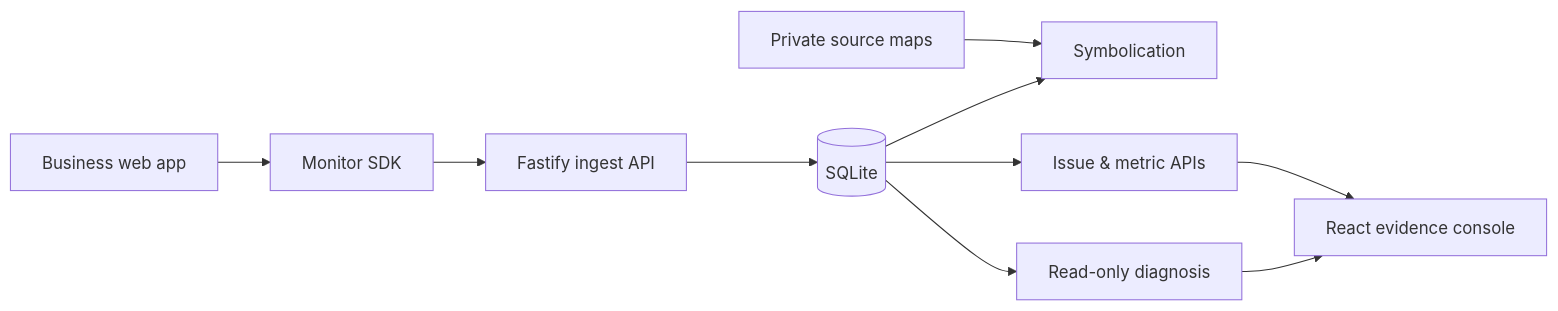
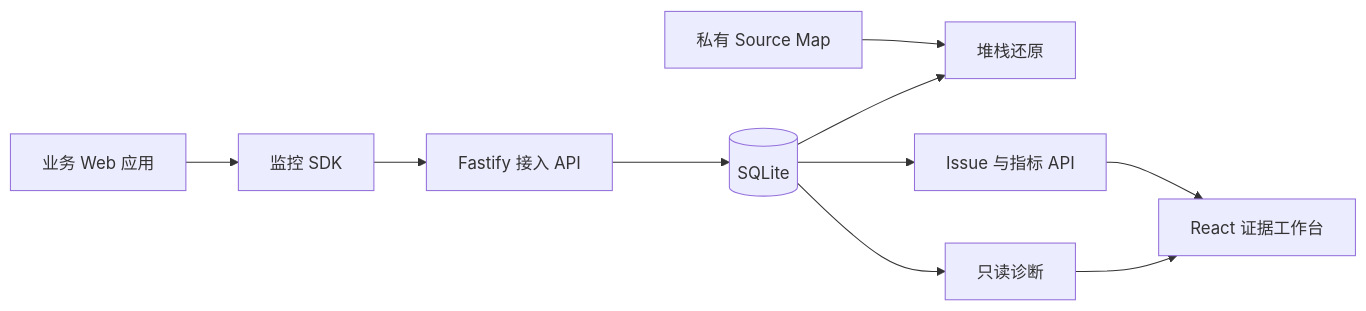
The diagram in README.md (guiwzh/tracepilot), drawn with Mermaid before and after one commit. The commit also changed other lines of this file and 14 other files, not shown here.

````diff
--- a/README.md
+++ b/README.md
@@ -26,12 +26,12 @@
 ```mermaid
 flowchart LR
-  App[Business web app] --> SDK[Monitor SDK]
-  SDK --> Ingest[Fastify ingest API]
+  App[业务 Web 应用] --> SDK[监控 SDK]
+  SDK --> Ingest[Fastify 接入 API]
   Ingest --> DB[(SQLite)]
-  Maps[Private source maps] --> Symbolicate[Symbolication]
+  Maps[私有 Source Map] --> Symbolicate[堆栈还原]
   DB --> Symbolicate
-  DB --> Query[Issue & metric APIs]
-  Query --> UI[React evidence console]
-  DB --> Diagnose[Read-only diagnosis]
+  DB --> Query[Issue 与指标 API]
+  Query --> UI[React 证据工作台]
+  DB --> Diagnose[只读诊断]
   Diagnose --> UI
 ```
````
